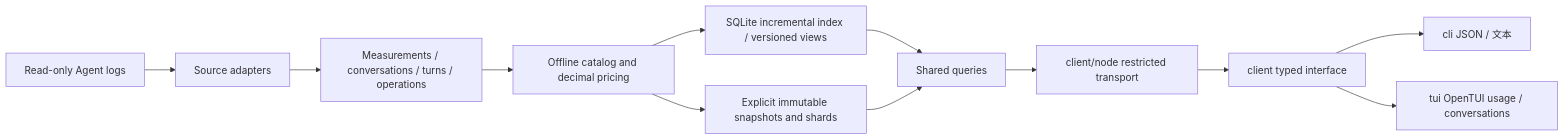
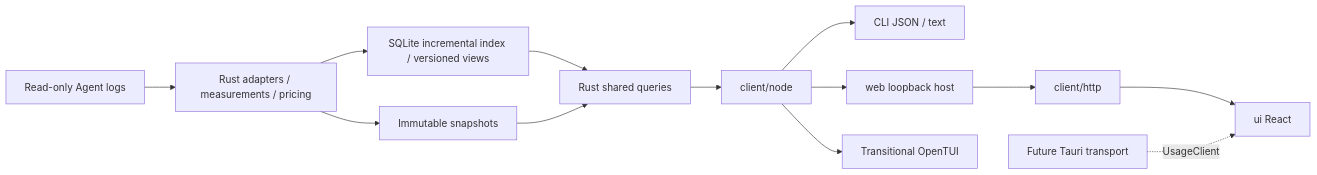
One commit to wangyan9110/wombat changed the diagram in docs/development/architecture.en.md. Above: the diagram before and after it, drawn with Mermaid. The commit also changed other lines of this file and 108 other files, not shown here.

Commit message:
feat: add local web interface with shared Rust queries

````diff
--- a/docs/development/architecture.en.md
+++ b/docs/development/architecture.en.md
@@ -9,14 +9,15 @@
 ```mermaid
 flowchart LR
-  L[Read-only Agent logs] --> A[Source adapters]
-  A --> F[Measurements / conversations / turns / operations]
-  F --> P[Offline catalog and decimal pricing]
-  P --> D[SQLite incremental index / versioned views]
-  D --> Q
-  P --> S[Explicit immutable snapshots and shards]
-  S --> Q[Shared queries]
-  Q --> N[client/node restricted transport]
-  N --> I[client typed interface]
-  I --> C[cli JSON / 文本]
-  I --> T[tui OpenTUI usage / conversations]
+  L[Read-only Agent logs] --> A[Rust adapters / measurements / pricing]
+  A --> D[SQLite incremental index / versioned views]
+  A --> S[Immutable snapshots]
+  D --> Q[Rust shared queries]
+  S --> Q
+  Q --> N[client/node]
+  N --> C[CLI JSON / text]
+  N --> W[web loopback host]
+  N --> T[Transitional OpenTUI]
+  W --> H[client/http]
+  H --> U[ui React]
+  F[Future Tauri transport] -. UsageClient .-> U
 ```
````
